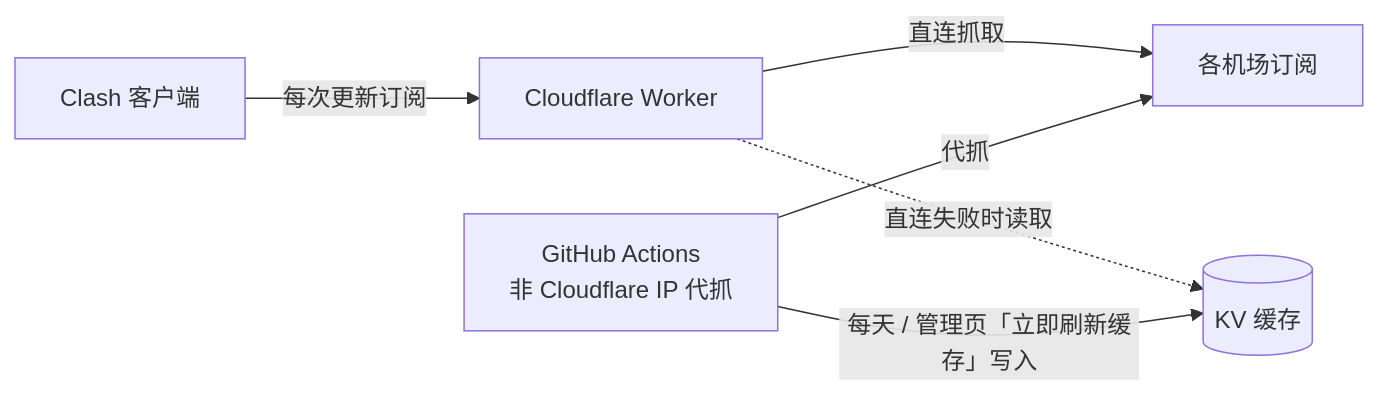
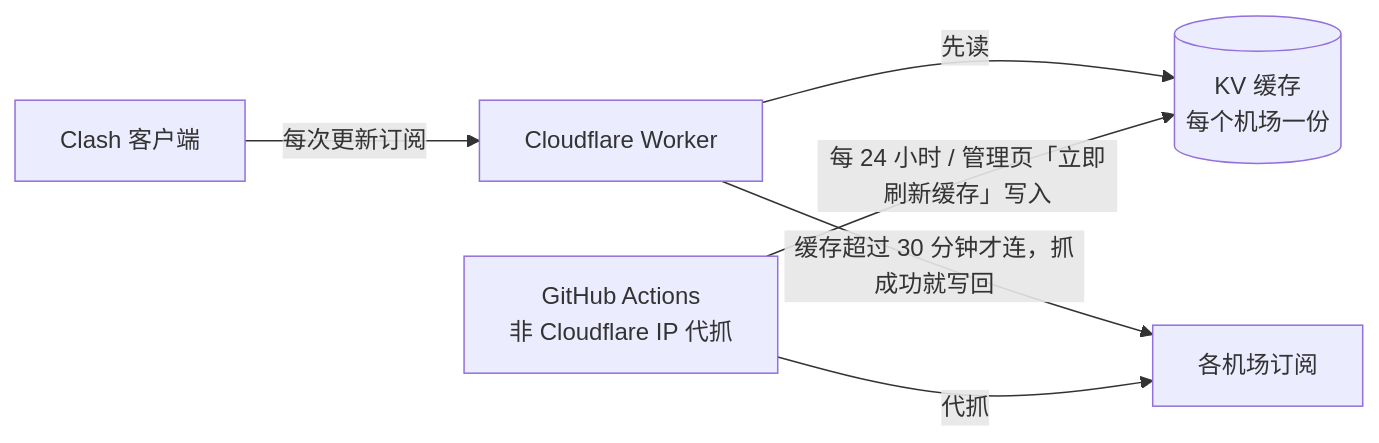
Before and after one commit to exusiai-team/MyClash: the diagram in README.md, drawn with Mermaid. The commit also changed other lines of this file and 10 other files, not shown here.

````diff
--- a/README.md
+++ b/README.md
@@ -15,8 +16,8 @@
 ```mermaid
 flowchart LR
   C[Clash 客户端] -- 每次更新订阅 --> W[Cloudflare Worker]
-  W -- 直连抓取 --> A[各机场订阅]
-  W -. 直连失败时读取 .-> K[(KV 缓存)]
-  G[GitHub Actions<br/>非 Cloudflare IP 代抓] -- 每天 / 管理页「立即刷新缓存」写入 --> K
+  W -- 先读 --> K[(KV 缓存<br/>每个机场一份)]
+  W -- 缓存超过 30 分钟才连，抓成功就写回 --> A[各机场订阅]
+  G[GitHub Actions<br/>非 Cloudflare IP 代抓] -- 每 24 小时 / 管理页「立即刷新缓存」写入 --> K
   G -- 代抓 --> A
 ```
````
